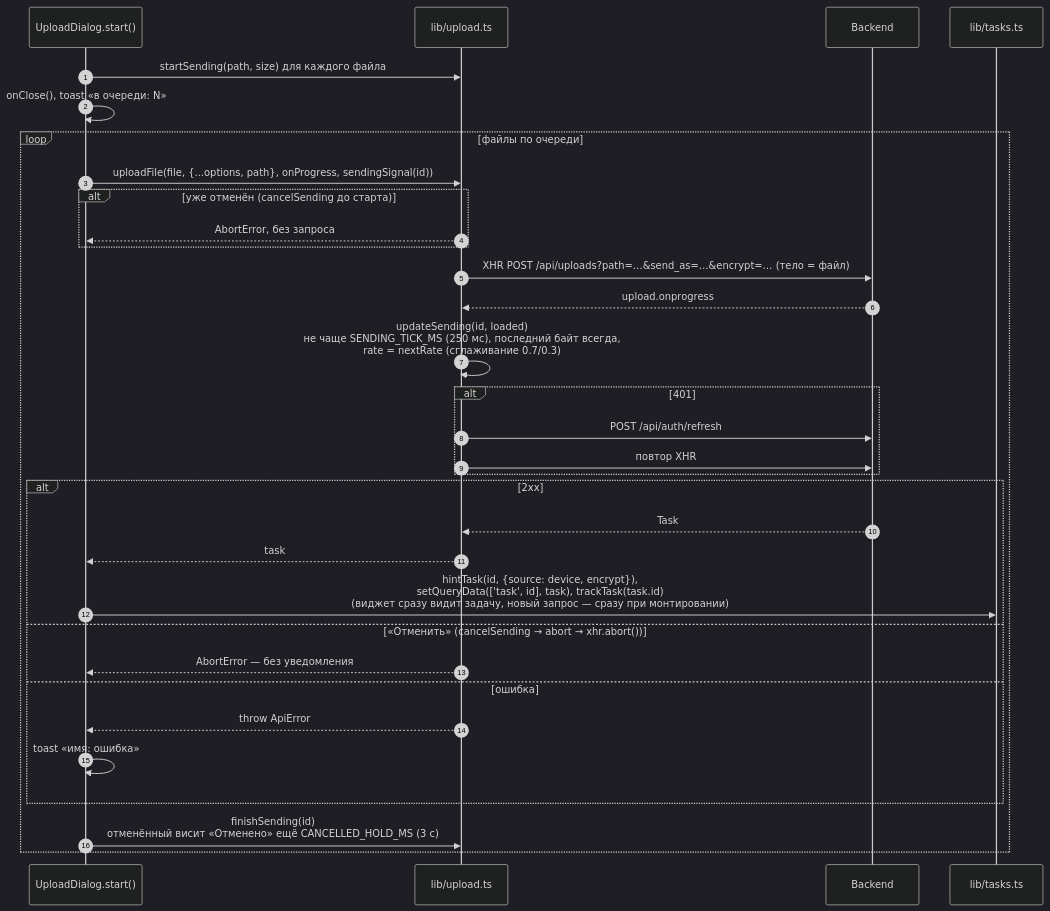
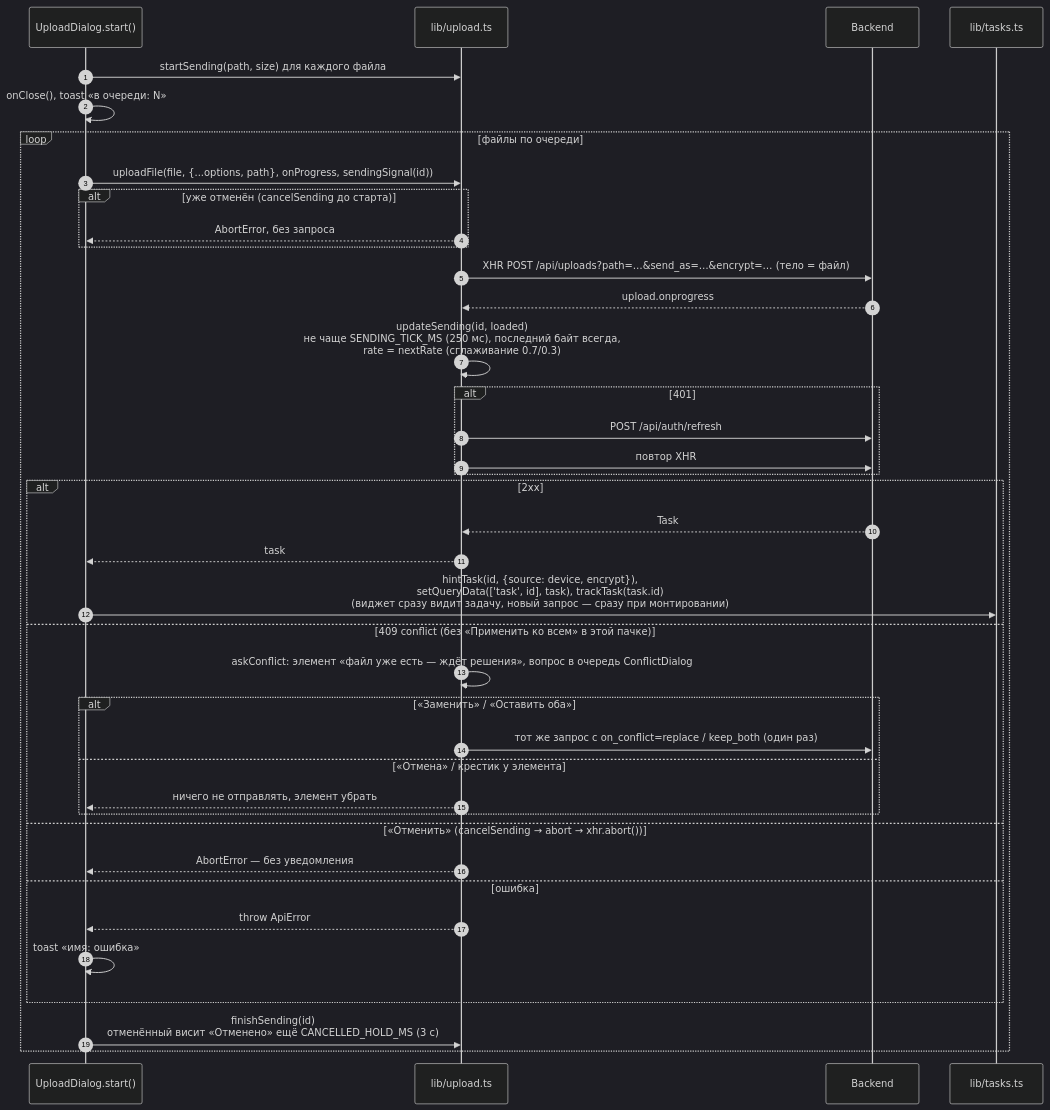
One commit to NikitkaZXC/tcloud-frontend changed the second of 7 diagrams in docs/uploads-and-tasks.md. Above: the diagram before and after it, drawn with Mermaid (dark theme). The commit also changed other lines of this file and 9 other files, not shown here.

Commit message:
feat: file exists dialog on 409 conflict with replace, keep both, cancel and apply to all

````diff
--- a/docs/uploads-and-tasks.md
+++ b/docs/uploads-and-tasks.md
@@ -46,34 +46,41 @@
 ```mermaid
 sequenceDiagram
     autonumber
     participant D as UploadDialog.start()
     participant U as lib/upload.ts
     participant B as Backend
     participant T as lib/tasks.ts
     D->>U: startSending(path, size) для каждого файла
     D->>D: onClose(), toast «в очереди: N»
     loop файлы по очереди
         D->>U: uploadFile(file, {...options, path}, onProgress, sendingSignal(id))
         alt уже отменён (cancelSending до старта)
             U-->>D: AbortError, без запроса
         end
         U->>B: XHR POST /api/uploads?path=…&send_as=…&encrypt=… (тело = файл)
         B-->>U: upload.onprogress
         U->>U: updateSending(id, loaded)<br/>не чаще SENDING_TICK_MS (250 мс), последний байт всегда,<br/>rate = nextRate (сглаживание 0.7/0.3)
         alt 401
             U->>B: POST /api/auth/refresh
             U->>B: повтор XHR
         end
         alt 2xx
             B-->>U: Task
             U-->>D: task
             D->>T: hintTask(id, {source: device, encrypt}),<br/>setQueryData(['task', id], task), trackTask(task.id)<br/>(виджет сразу видит задачу, новый запрос — сразу при монтировании)
+        else 409 conflict (без «Применить ко всем» в этой пачке)
+            U->>U: askConflict: элемент «файл уже есть — ждёт решения», вопрос в очередь ConflictDialog
+            alt «Заменить» / «Оставить оба»
+                U->>B: тот же запрос с on_conflict=replace / keep_both (один раз)
+            else «Отмена» / крестик у элемента
+                U-->>D: ничего не отправлять, элемент убрать
+            end
         else «Отменить» (cancelSending → abort → xhr.abort())
             U-->>D: AbortError — без уведомления
         else ошибка
             U-->>D: throw ApiError
             D->>D: toast «имя: ошибка»
         end
         D->>U: finishSending(id)<br/>отменённый висит «Отменено» ещё CANCELLED_HOLD_MS (3 с)
     end
 ```
````
